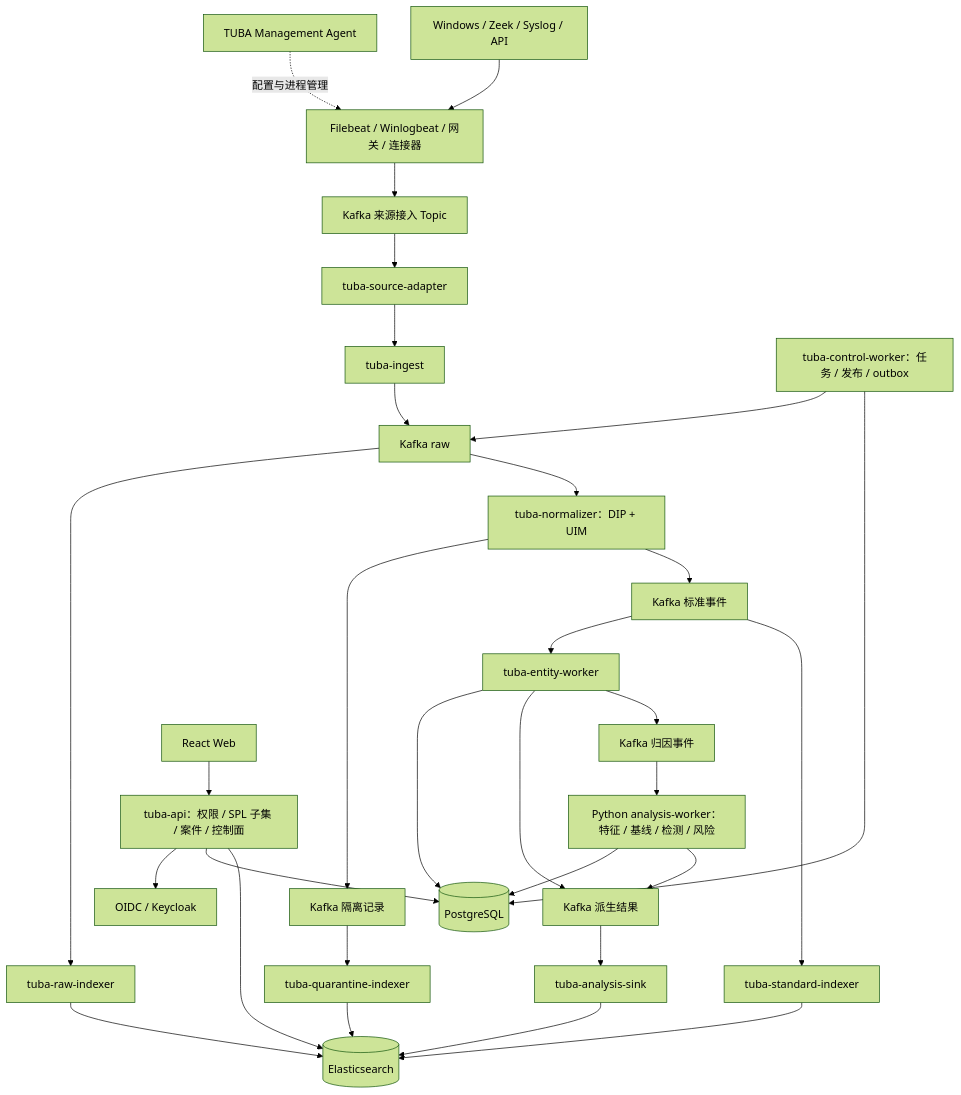
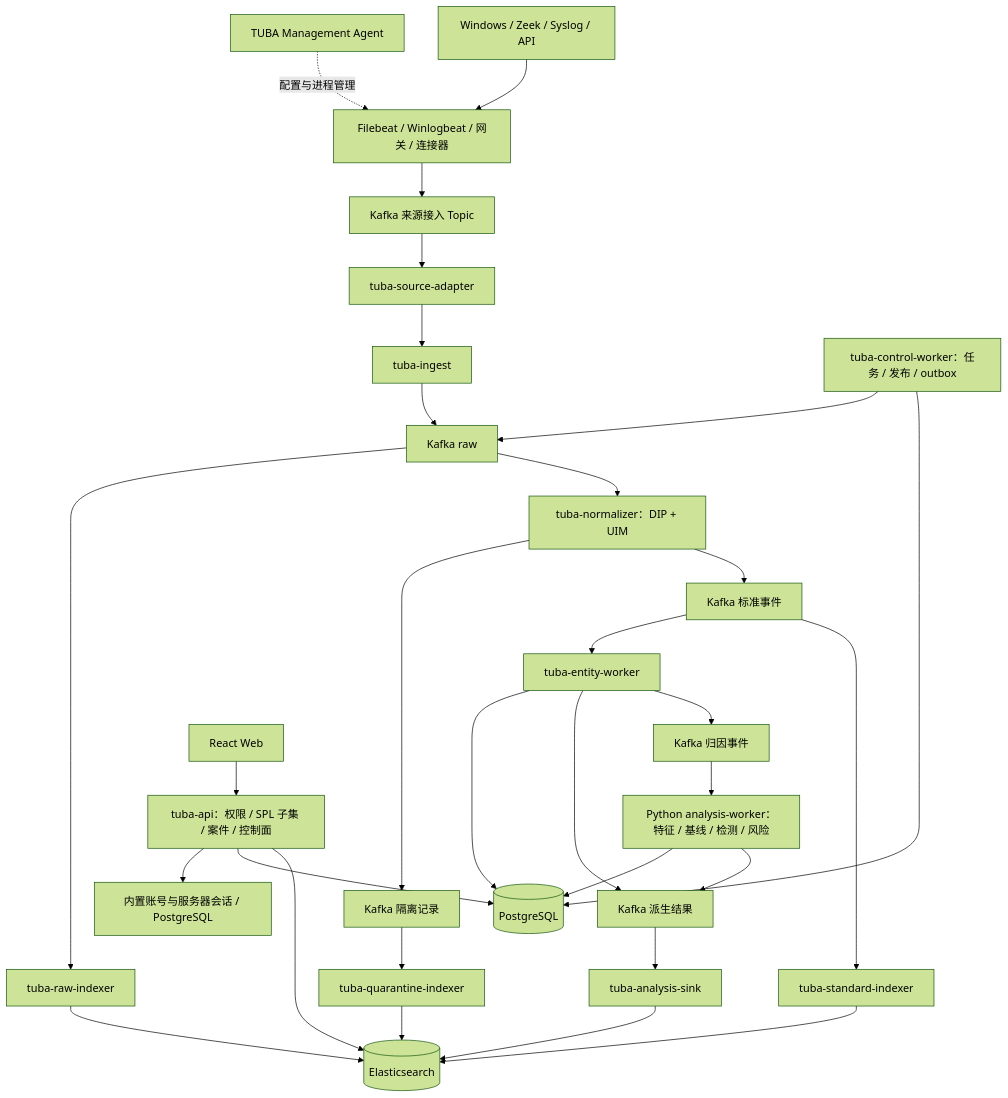
One commit to AccOlaDe-peng/tuba changed the diagram in docs/TARGET-ARCHITECTURE.md. Above: the diagram before and after it, drawn with Mermaid (forest theme). The commit also changed other lines of this file and 92 other files, not shown here.

````diff
--- a/docs/TARGET-ARCHITECTURE.md
+++ b/docs/TARGET-ARCHITECTURE.md
@@ -36,33 +36,33 @@
 ```mermaid
 flowchart TB
   Sources[Windows / Zeek / Syslog / API] --> Collector[Filebeat / Winlogbeat / 网关 / 连接器]
   Collector --> Landing[Kafka 来源接入 Topic]
   Landing --> Adapter[tuba-source-adapter]
   Adapter --> Ingest[tuba-ingest]
   Manager[TUBA Management Agent] -.配置与进程管理.-> Collector
   Ingest --> Raw[Kafka raw]
   Raw --> Normalizer[tuba-normalizer：DIP + UIM]
   Raw --> RawIndexer[tuba-raw-indexer]
   Standard --> StandardIndexer[tuba-standard-indexer]
   Quarantine --> QuarantineIndexer[tuba-quarantine-indexer]
   Normalizer --> Standard[Kafka 标准事件]
   Normalizer --> Quarantine[Kafka 隔离记录]
   Standard --> Entity[tuba-entity-worker]
   Entity --> Attributed[Kafka 归因事件]
   Attributed --> Analysis[Python analysis-worker：特征 / 基线 / 检测 / 风险]
   Entity --> Results[Kafka 派生结果]
   Analysis --> Results
   Results --> Sink[tuba-analysis-sink]
   RawIndexer --> ES[(Elasticsearch)]
   StandardIndexer --> ES
   QuarantineIndexer --> ES
   Sink --> ES
   Web[React Web] --> API[tuba-api：权限 / SPL 子集 / 案件 / 控制面]
   API --> ES
   API --> PG[(PostgreSQL)]
-  API --> OIDC[OIDC / Keycloak]
+  API --> LOGIN[内置账号与服务器会话 / PostgreSQL]
   Control[tuba-control-worker：任务 / 发布 / outbox] --> PG
   Entity --> PG
   Analysis --> PG
   Control --> Raw
 ```
````
